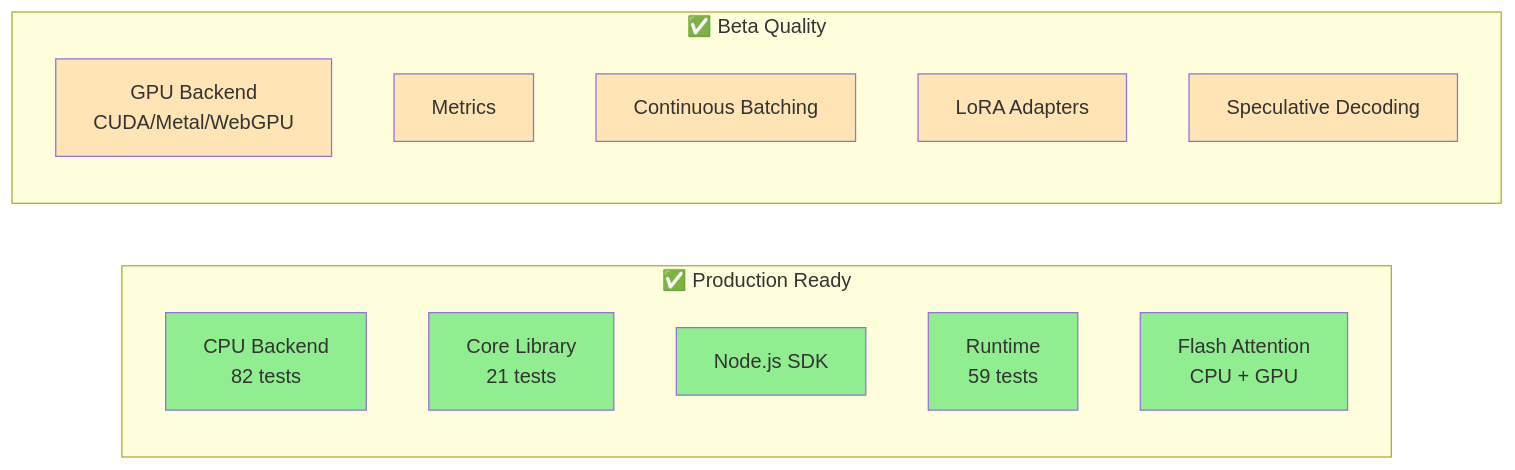
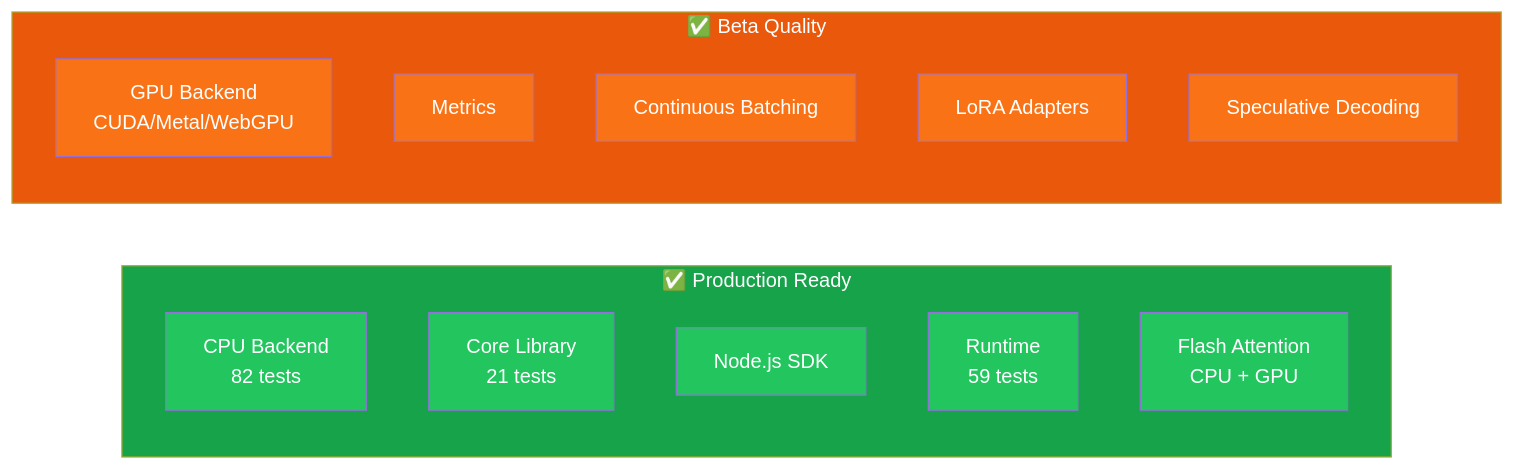
Before and after one commit to Querent-ai/realm: the third of 6 diagrams in README.md, drawn with Mermaid. The commit also changed other lines of this file, not shown here.

````diff
--- a/README.md
+++ b/README.md
@@ -114,28 +123,30 @@
 ```mermaid
 graph LR
     subgraph Production["✅ Production Ready"]
         CPU["CPU Backend<br/>82 tests"]
         CORE["Core Library<br/>21 tests"]
         NODE["Node.js SDK"]
         RT["Runtime<br/>59 tests"]
         FLASH["Flash Attention<br/>CPU + GPU"]
-        style CPU fill:#90EE90
-        style CORE fill:#90EE90
-        style NODE fill:#90EE90
-        style RT fill:#90EE90
-        style FLASH fill:#90EE90
+        style Production fill:#16a34a,color:#fff
+        style CPU fill:#22c55e,color:#fff
+        style CORE fill:#22c55e,color:#fff
+        style NODE fill:#22c55e,color:#fff
+        style RT fill:#22c55e,color:#fff
+        style FLASH fill:#22c55e,color:#fff
     end
     
     subgraph Beta["✅ Beta Quality"]
         GPU["GPU Backend<br/>CUDA/Metal/WebGPU"]
         MET["Metrics"]
         BATCH["Continuous Batching"]
         LORA["LoRA Adapters"]
         SPEC["Speculative Decoding"]
-        style GPU fill:#FFE4B5
-        style MET fill:#FFE4B5
-        style BATCH fill:#FFE4B5
-        style LORA fill:#FFE4B5
-        style SPEC fill:#FFE4B5
+        style Beta fill:#ea580c,color:#fff
+        style GPU fill:#f97316,color:#fff
+        style MET fill:#f97316,color:#fff
+        style BATCH fill:#f97316,color:#fff
+        style LORA fill:#f97316,color:#fff
+        style SPEC fill:#f97316,color:#fff
     end
 ```
````
